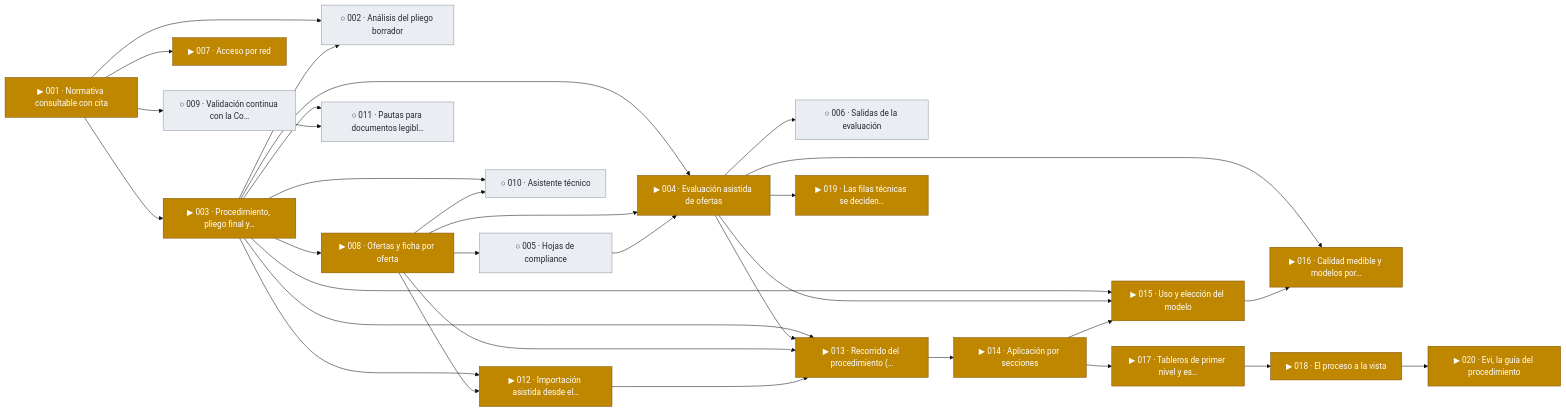
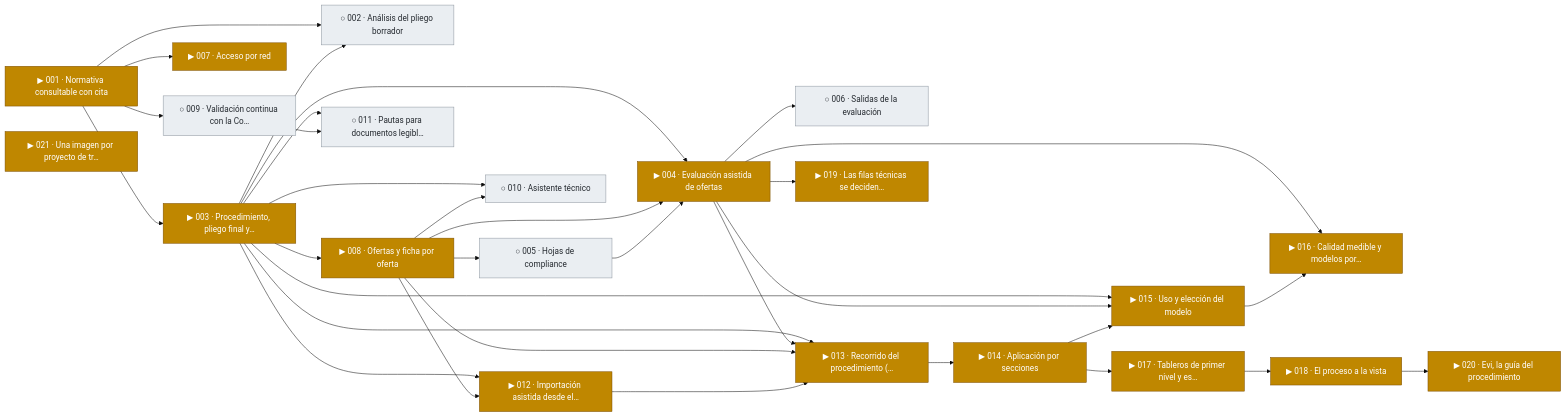
The first of 31 diagrams in docs/tablero.md (snavello/EVALUON), drawn with Mermaid (base theme) before and after one commit. The commit also changed other lines of this file and 4 other files, not shown here.

Commit message:
gestión: spec y tareas de la 021 (una imagen por proyecto de trabajo)

````diff
--- a/docs/tablero.md
+++ b/docs/tablero.md
@@ -9,59 +9,60 @@
 ```mermaid
 flowchart LR
   F001["▶ 001 · Normativa consultable con cita"]:::active
   F002["○ 002 · Análisis del pliego borrador"]:::todo
   F003["▶ 003 · Procedimiento, pliego final y…"]:::active
   F004["▶ 004 · Evaluación asistida de ofertas"]:::active
   F005["○ 005 · Hojas de compliance"]:::todo
   F006["○ 006 · Salidas de la evaluación"]:::todo
   F007["▶ 007 · Acceso por red"]:::active
   F008["▶ 008 · Ofertas y ficha por oferta"]:::active
   F009["○ 009 · Validación continua con la Co…"]:::todo
   F010["○ 010 · Asistente técnico"]:::todo
   F011["○ 011 · Pautas para documentos legibl…"]:::todo
   F012["▶ 012 · Importación asistida desde el…"]:::active
   F013["▶ 013 · Recorrido del procedimiento (…"]:::active
   F014["▶ 014 · Aplicación por secciones"]:::active
   F015["▶ 015 · Uso y elección del modelo"]:::active
   F016["▶ 016 · Calidad medible y modelos por…"]:::active
   F017["▶ 017 · Tableros de primer nivel y es…"]:::active
   F018["▶ 018 · El proceso a la vista"]:::active
   F019["▶ 019 · Las filas técnicas se deciden…"]:::active
   F020["▶ 020 · Evi, la guía del procedimiento"]:::active
+  F021["▶ 021 · Una imagen por proyecto de tr…"]:::active
   F001 --> F002
   F003 --> F002
   F001 --> F003
   F003 --> F004
   F008 --> F004
   F005 --> F004
   F008 --> F005
   F004 --> F006
   F001 --> F007
   F003 --> F008
   F001 --> F009
   F003 --> F010
   F008 --> F010
   F003 --> F011
   F009 --> F011
   F003 --> F012
   F008 --> F012
   F003 --> F013
   F004 --> F013
   F008 --> F013
   F012 --> F013
   F013 --> F014
   F003 --> F015
   F004 --> F015
   F014 --> F015
   F004 --> F016
   F015 --> F016
   F014 --> F017
   F017 --> F018
   F004 --> F019
   F018 --> F020
   classDef done fill:#1a7f37,stroke:#116329,color:#ffffff
   classDef review fill:#0969da,stroke:#0550ae,color:#ffffff
   classDef active fill:#bf8700,stroke:#7d4e00,color:#ffffff
   classDef blocked fill:#cf222e,stroke:#a40e26,color:#ffffff
   classDef todo fill:#eaeef2,stroke:#8c959f,color:#24292f
 ```
````
